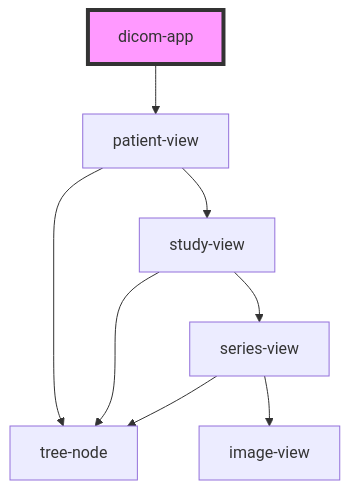
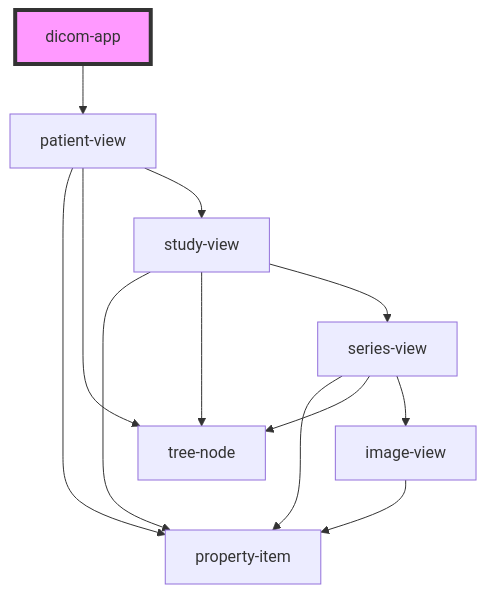
Before and after one commit to R4C4/dicom-tree: the diagram in src/components/dicom-app/readme.md, drawn with Mermaid. The commit also changed other lines of this file and 10 other files, not shown here.

````diff
--- a/src/components/dicom-app/readme.md
+++ b/src/components/dicom-app/readme.md
@@ -38,11 +45,15 @@
 ```mermaid
 graph TD;
   dicom-app --> patient-view
+  patient-view --> property-item
   patient-view --> tree-node
   patient-view --> study-view
+  study-view --> property-item
   study-view --> tree-node
   study-view --> series-view
+  series-view --> property-item
   series-view --> tree-node
   series-view --> image-view
+  image-view --> property-item
   style dicom-app fill:#f9f,stroke:#333,stroke-width:4px
 ```
````
